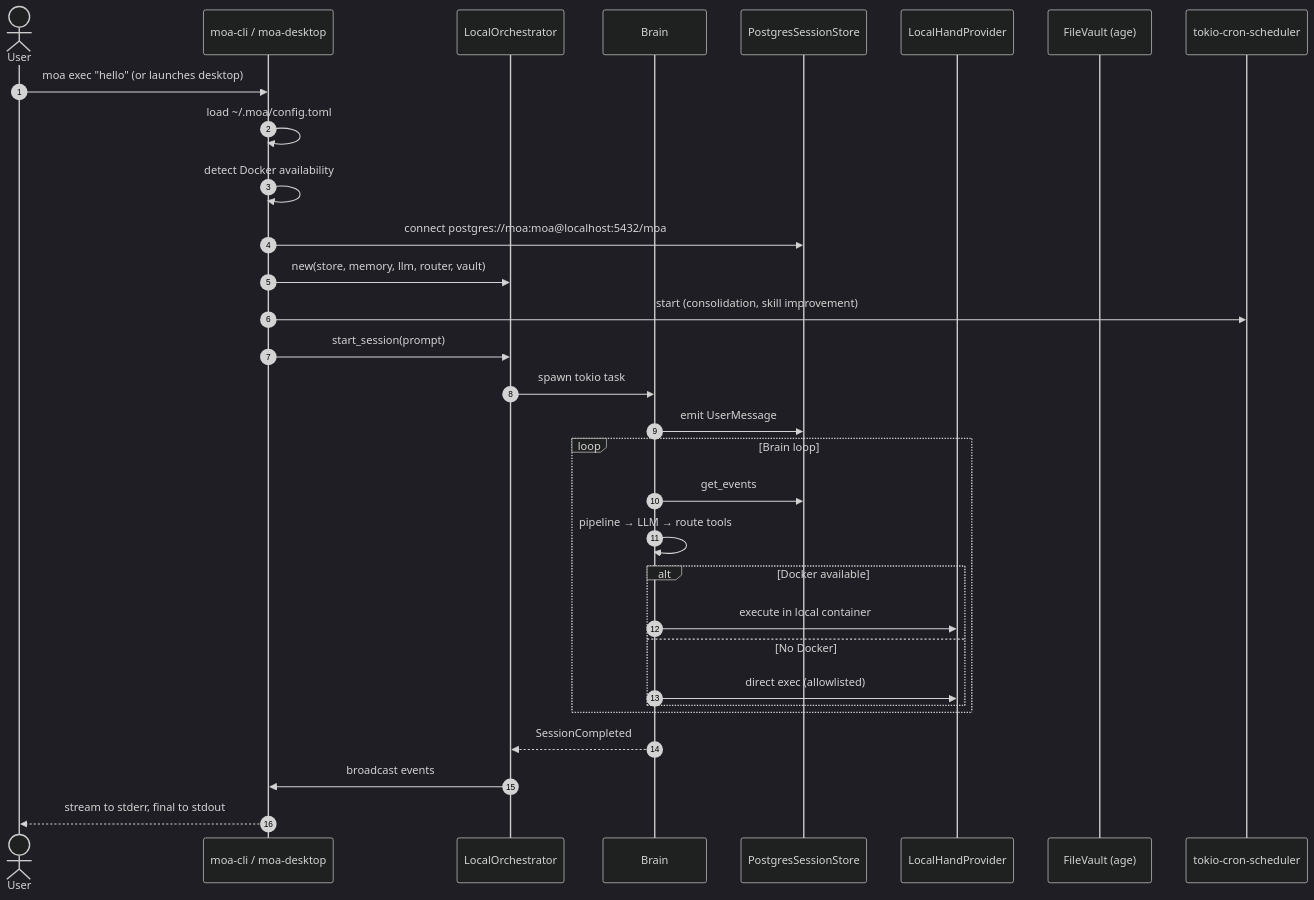
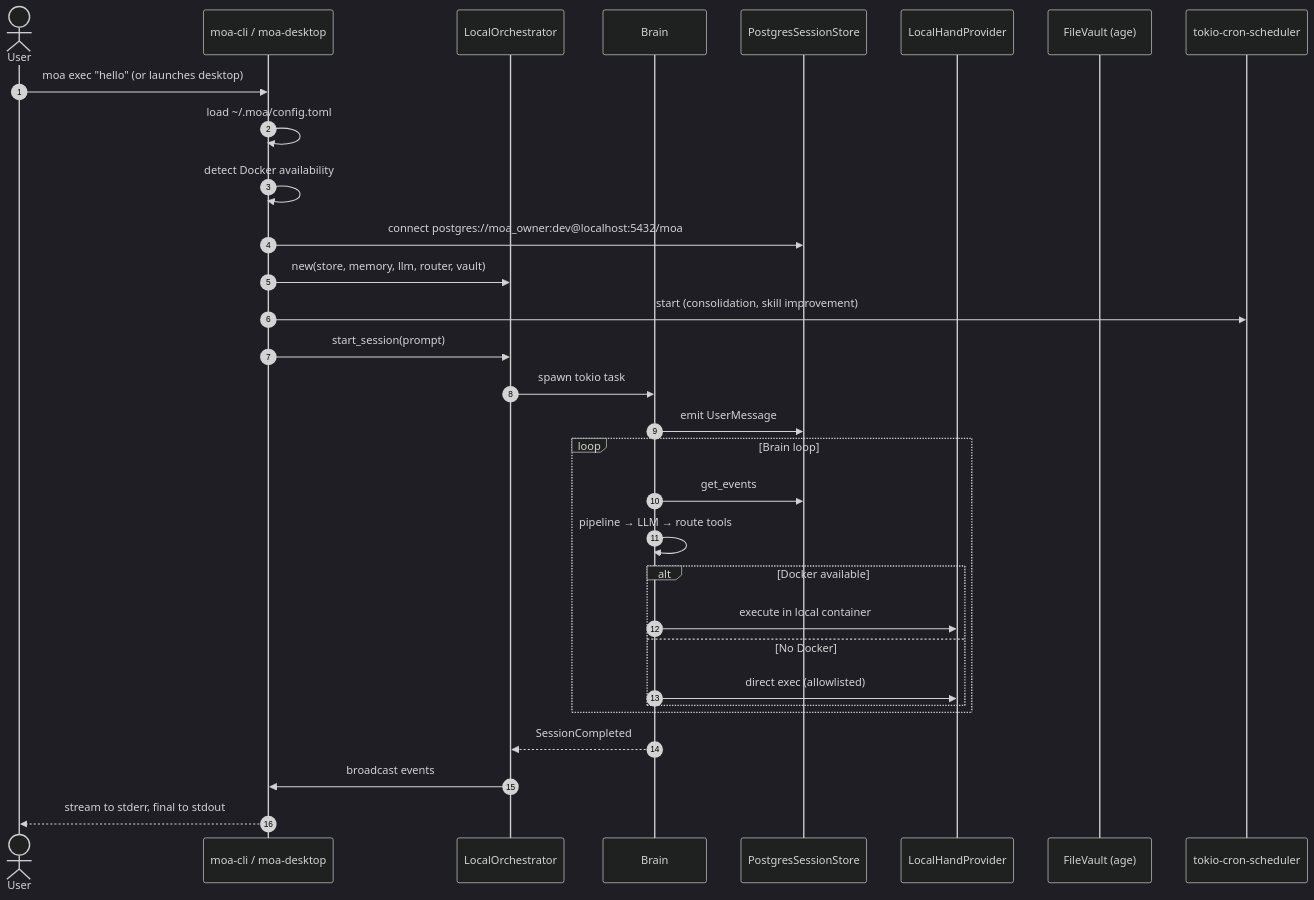
Before and after one commit to hwuiwon/moa: the ninth of 14 diagrams in sequence-diagrams.md, drawn with Mermaid (dark theme). The commit also changed 24 other files, not shown here.

````diff
--- a/sequence-diagrams.md
+++ b/sequence-diagrams.md
@@ -407,37 +407,37 @@
 ```mermaid
 sequenceDiagram
     autonumber
     actor User
     participant CLI as moa-cli / moa-desktop
     participant Orch as LocalOrchestrator
     participant Brain
     participant Log as PostgresSessionStore
     participant Hand as LocalHandProvider
     participant Vault as FileVault (age)
     participant Cron as tokio-cron-scheduler
 
     User->>CLI: moa exec "hello" (or launches desktop)
     CLI->>CLI: load ~/.moa/config.toml
     CLI->>CLI: detect Docker availability
-    CLI->>Log: connect postgres://moa:moa@localhost:5432/moa
+    CLI->>Log: connect postgres://moa_owner:dev@localhost:5432/moa
     CLI->>Orch: new(store, memory, llm, router, vault)
     CLI->>Cron: start (consolidation, skill improvement)
 
     CLI->>Orch: start_session(prompt)
     Orch->>Brain: spawn tokio task
     Brain->>Log: emit UserMessage
 
     loop Brain loop
         Brain->>Log: get_events
         Brain->>Brain: pipeline → LLM → route tools
         alt Docker available
             Brain->>Hand: execute in local container
         else No Docker
             Brain->>Hand: direct exec (allowlisted)
         end
     end
 
     Brain-->>Orch: SessionCompleted
     Orch->>CLI: broadcast events
     CLI-->>User: stream to stderr, final to stdout
 ```
````
